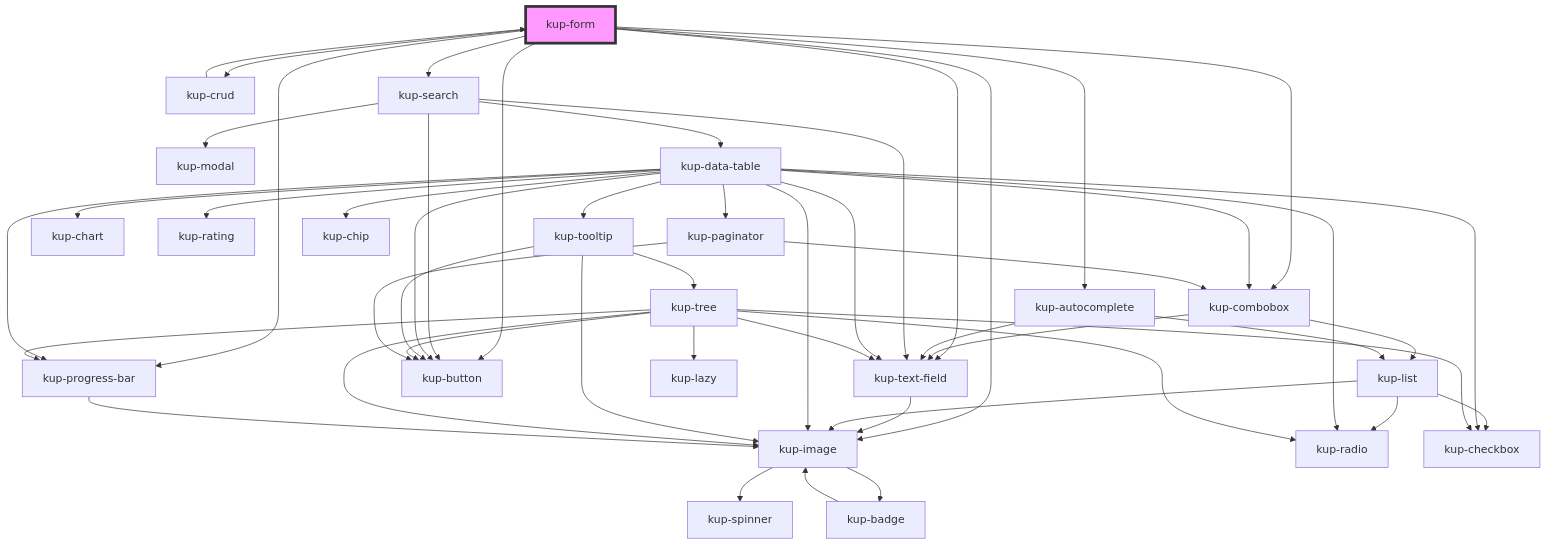
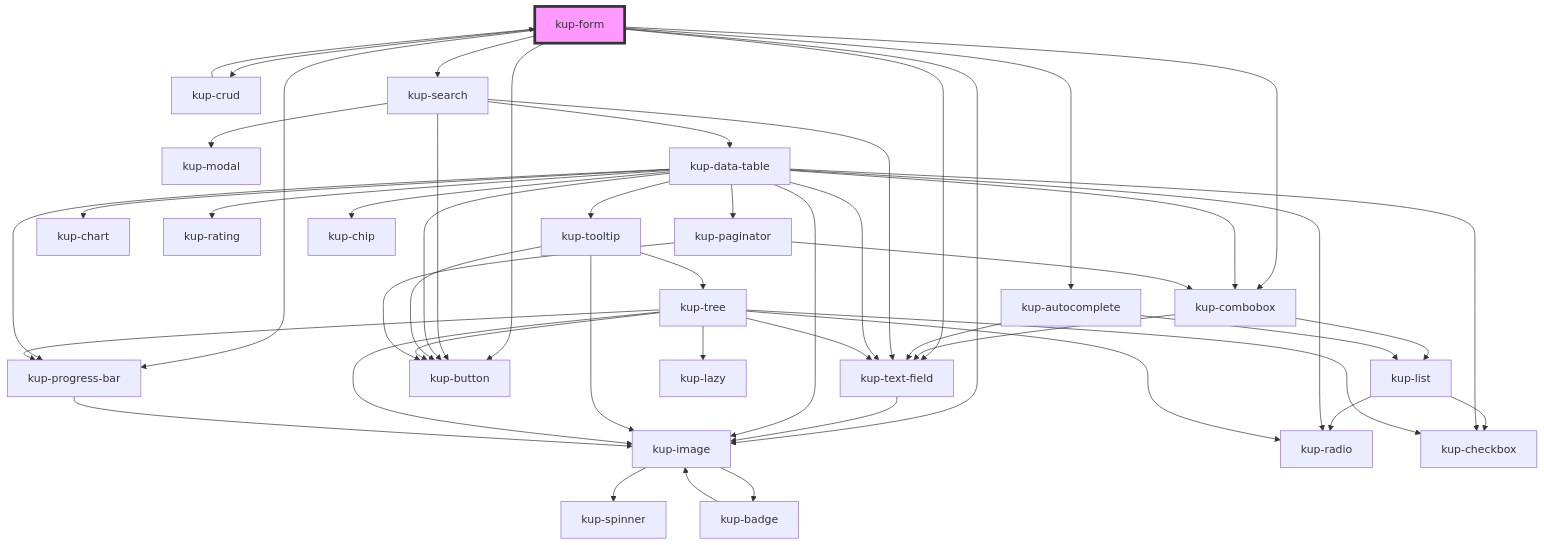
The diagram in packages/ketchup/src/components/kup-form/readme.md (smeup/ketchup), drawn with Mermaid before and after one commit. The commit also changed 12 other files, not shown here.

Commit message:
Removed reflect from kup-list props and removed kup-image.

````diff
--- a/packages/ketchup/src/components/kup-form/readme.md
+++ b/packages/ketchup/src/components/kup-form/readme.md
@@ -131,53 +131,52 @@
 ```mermaid
 graph TD;
   kup-form --> kup-combobox
   kup-form --> kup-crud
   kup-form --> kup-autocomplete
   kup-form --> kup-search
   kup-form --> kup-image
   kup-form --> kup-progress-bar
   kup-form --> kup-text-field
   kup-form --> kup-button
   kup-combobox --> kup-text-field
   kup-combobox --> kup-list
   kup-text-field --> kup-image
   kup-image --> kup-spinner
   kup-image --> kup-badge
   kup-badge --> kup-image
-  kup-list --> kup-image
   kup-list --> kup-radio
   kup-list --> kup-checkbox
   kup-crud --> kup-form
   kup-autocomplete --> kup-text-field
   kup-autocomplete --> kup-list
   kup-search --> kup-text-field
   kup-search --> kup-button
   kup-search --> kup-modal
   kup-search --> kup-data-table
   kup-data-table --> kup-checkbox
   kup-data-table --> kup-button
   kup-data-table --> kup-text-field
   kup-data-table --> kup-tooltip
   kup-data-table --> kup-image
   kup-data-table --> kup-chart
   kup-data-table --> kup-progress-bar
   kup-data-table --> kup-rating
   kup-data-table --> kup-radio
   kup-data-table --> kup-paginator
   kup-data-table --> kup-combobox
   kup-data-table --> kup-chip
   kup-tooltip --> kup-button
   kup-tooltip --> kup-image
   kup-tooltip --> kup-tree
   kup-tree --> kup-lazy
   kup-tree --> kup-button
   kup-tree --> kup-checkbox
   kup-tree --> kup-image
   kup-tree --> kup-progress-bar
   kup-tree --> kup-radio
   kup-tree --> kup-text-field
   kup-progress-bar --> kup-image
   kup-paginator --> kup-button
   kup-paginator --> kup-combobox
   style kup-form fill:#f9f,stroke:#333,stroke-width:4px
 ```
````
